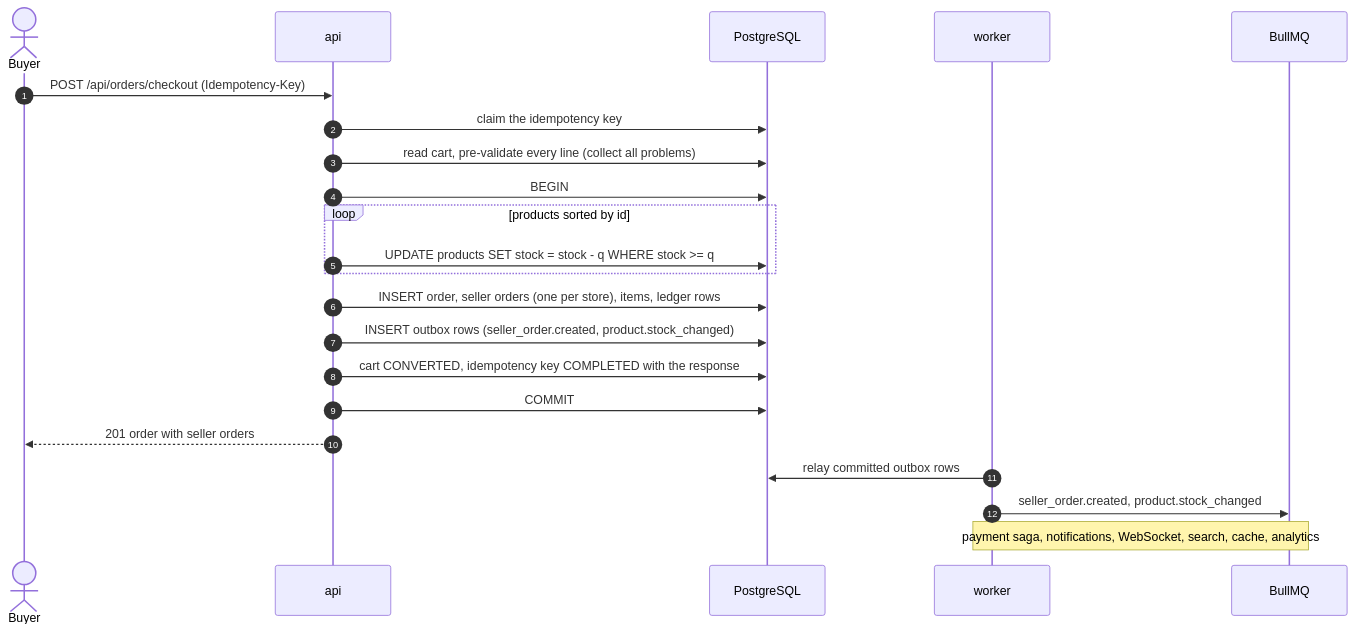
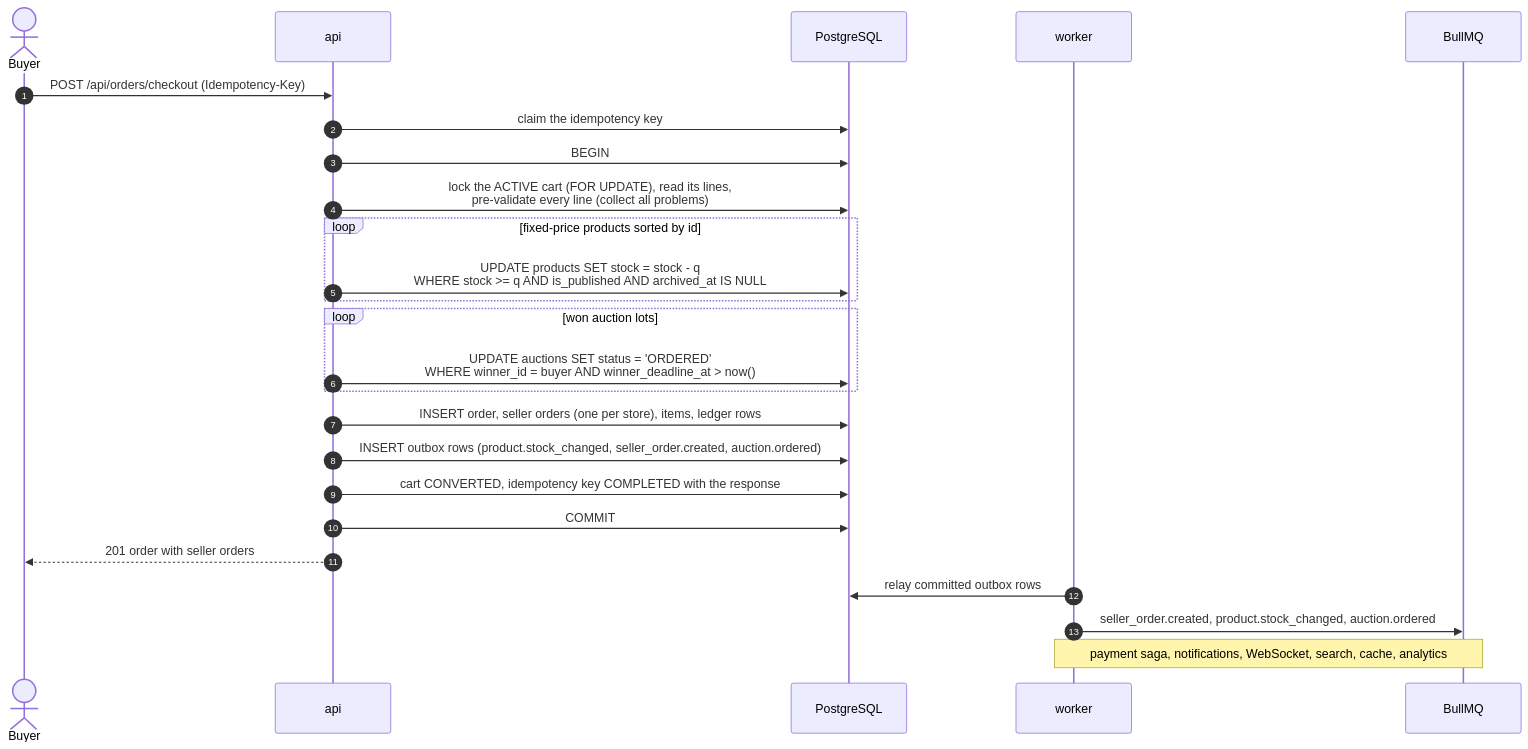
Before and after one commit to JuFios/multi-vendor-marketplace: the second of 4 diagrams in README.md, drawn with Mermaid. The commit also changed other lines of this file, not shown here.

````diff
--- a/README.md
+++ b/README.md
@@ -115,24 +115,27 @@
 ```mermaid
 sequenceDiagram
     autonumber
     actor Buyer
     participant API as api
     participant DB as PostgreSQL
     participant W as worker
     participant Q as BullMQ
     Buyer->>API: POST /api/orders/checkout (Idempotency-Key)
     API->>DB: claim the idempotency key
-    API->>DB: read cart, pre-validate every line (collect all problems)
     API->>DB: BEGIN
-    loop products sorted by id
-        API->>DB: UPDATE products SET stock = stock - q WHERE stock >= q
+    API->>DB: lock the ACTIVE cart (FOR UPDATE), read its lines,<br/>pre-validate every line (collect all problems)
+    loop fixed-price products sorted by id
+        API->>DB: UPDATE products SET stock = stock - q<br/>WHERE stock >= q AND is_published AND archived_at IS NULL
+    end
+    loop won auction lots
+        API->>DB: UPDATE auctions SET status = 'ORDERED'<br/>WHERE winner_id = buyer AND winner_deadline_at > now()
     end
     API->>DB: INSERT order, seller orders (one per store), items, ledger rows
-    API->>DB: INSERT outbox rows (seller_order.created, product.stock_changed)
+    API->>DB: INSERT outbox rows (product.stock_changed, seller_order.created, auction.ordered)
     API->>DB: cart CONVERTED, idempotency key COMPLETED with the response
     API->>DB: COMMIT
     API-->>Buyer: 201 order with seller orders
     W->>DB: relay committed outbox rows
-    W->>Q: seller_order.created, product.stock_changed
+    W->>Q: seller_order.created, product.stock_changed, auction.ordered
     Note over Q,W: payment saga, notifications, WebSocket, search, cache, analytics
 ```
````
